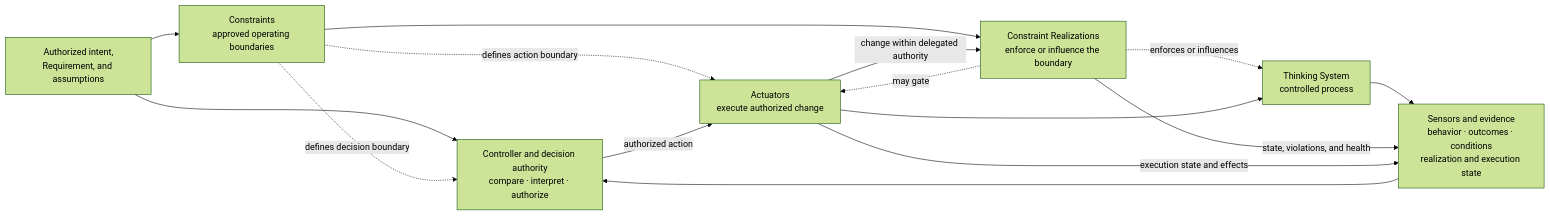
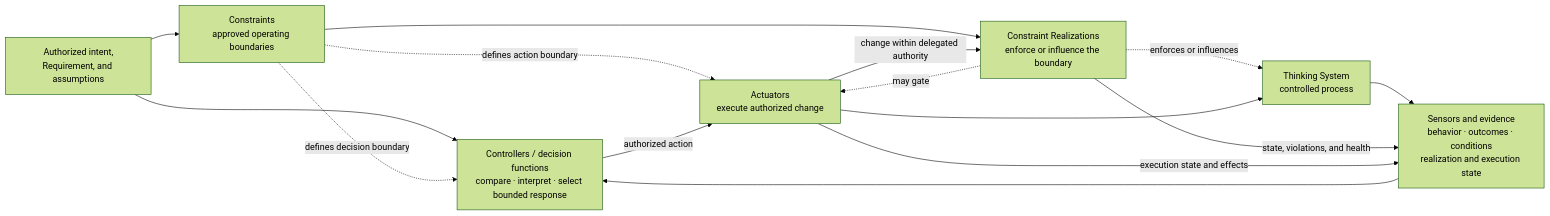
Before and after one commit to UncertaintyArchitectureGroup/uncertainty-architecture: the seventh of 15 diagrams in content/research/notes/open-engineering-specification-article-draft.md, drawn with Mermaid (forest theme). The commit also changed other lines of this file and 1 other file, not shown here.

````diff
--- a/content/research/notes/open-engineering-specification-article-draft.md
+++ b/content/research/notes/open-engineering-specification-article-draft.md
@@ -446,25 +425,25 @@
 ```mermaid
 flowchart LR
     R["Authorized intent,<br/>Requirement, and assumptions"]
     K["Constraints<br/>approved operating boundaries"]
     KR["Constraint Realizations<br/>enforce or influence the boundary"]
     P["Thinking System<br/>controlled process"]
     S["Sensors and evidence<br/>behavior · outcomes · conditions<br/>realization and execution state"]
-    C["Controller and decision authority<br/>compare · interpret · authorize"]
+    C["Controllers / decision functions<br/>compare · interpret · select bounded response"]
     A["Actuators<br/>execute authorized change"]
 
     R --> C
     R --> K
     K --> KR
     K -. defines decision boundary .-> C
     K -. defines action boundary .-> A
     KR -. enforces or influences .-> P
     KR -. may gate .-> A
     P --> S
     KR -->|state, violations, and health| S
     A -->|execution state and effects| S
     S --> C
     C -->|authorized action| A
     A --> P
     A -->|change within delegated authority| KR
 ```
````
